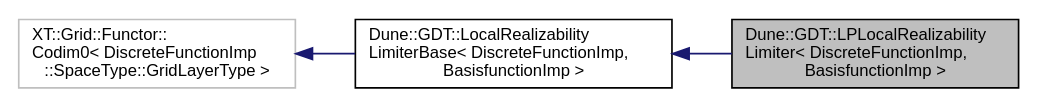
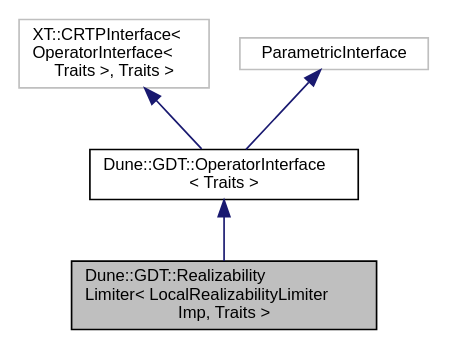
One commit to dune-community/dune-community.github.io changed the diagram in docs/dune-gdt/master/a01960.dot. Above: the diagram before and after it, drawn with Graphviz. The commit also changed 2446 other files, not shown here.

Commit message:
Updated documentation for dune-gdt master

```diff
--- a/docs/dune-gdt/master/a01960.dot
+++ b/docs/dune-gdt/master/a01960.dot
@@ -1,11 +1,12 @@
-digraph "Dune::GDT::LPLocalRealizabilityLimiter&lt; DiscreteFunctionImp, BasisfunctionImp &gt;"
+digraph "Dune::GDT::RealizabilityLimiter&lt; LocalRealizabilityLimiterImp, Traits &gt;"
 {
   edge [fontname="Helvetica",fontsize="10",labelfontname="Helvetica",labelfontsize="10"];
   node [fontname="Helvetica",fontsize="10",shape=record];
-  rankdir="LR";
-  Node0 [label="Dune::GDT::LPLocalRealizability\lLimiter\< DiscreteFunctionImp,\l BasisfunctionImp \>",height=0.2,width=0.4,color="black", fillcolor="grey75", style="filled", fontcolor="black"];
+  Node0 [label="Dune::GDT::Realizability\lLimiter\< LocalRealizabilityLimiter\lImp, Traits \>",height=0.2,width=0.4,color="black", fillcolor="grey75", style="filled", fontcolor="black"];
   Node1 -> Node0 [dir="back",color="midnightblue",fontsize="10",style="solid",fontname="Helvetica"];
-  Node1 [label="Dune::GDT::LocalRealizability\lLimiterBase\< DiscreteFunctionImp,\l BasisfunctionImp \>",height=0.2,width=0.4,color="black", fillcolor="white", style="filled",URL="$a01933.html"];
+  Node1 [label="Dune::GDT::OperatorInterface\l\< Traits \>",height=0.2,width=0.4,color="black", fillcolor="white", style="filled",URL="$a02101.html"];
   Node2 -> Node1 [dir="back",color="midnightblue",fontsize="10",style="solid",fontname="Helvetica"];
-  Node2 [label="XT::Grid::Functor::\lCodim0\< DiscreteFunctionImp\l::SpaceType::GridLayerType \>",height=0.2,width=0.4,color="grey75", fillcolor="white", style="filled"];
+  Node2 [label="XT::CRTPInterface\<\l OperatorInterface\<\l Traits \>, Traits \>",height=0.2,width=0.4,color="grey75", fillcolor="white", style="filled"];
+  Node3 -> Node1 [dir="back",color="midnightblue",fontsize="10",style="solid",fontname="Helvetica"];
+  Node3 [label="ParametricInterface",height=0.2,width=0.4,color="grey75", fillcolor="white", style="filled"];
 }
```
